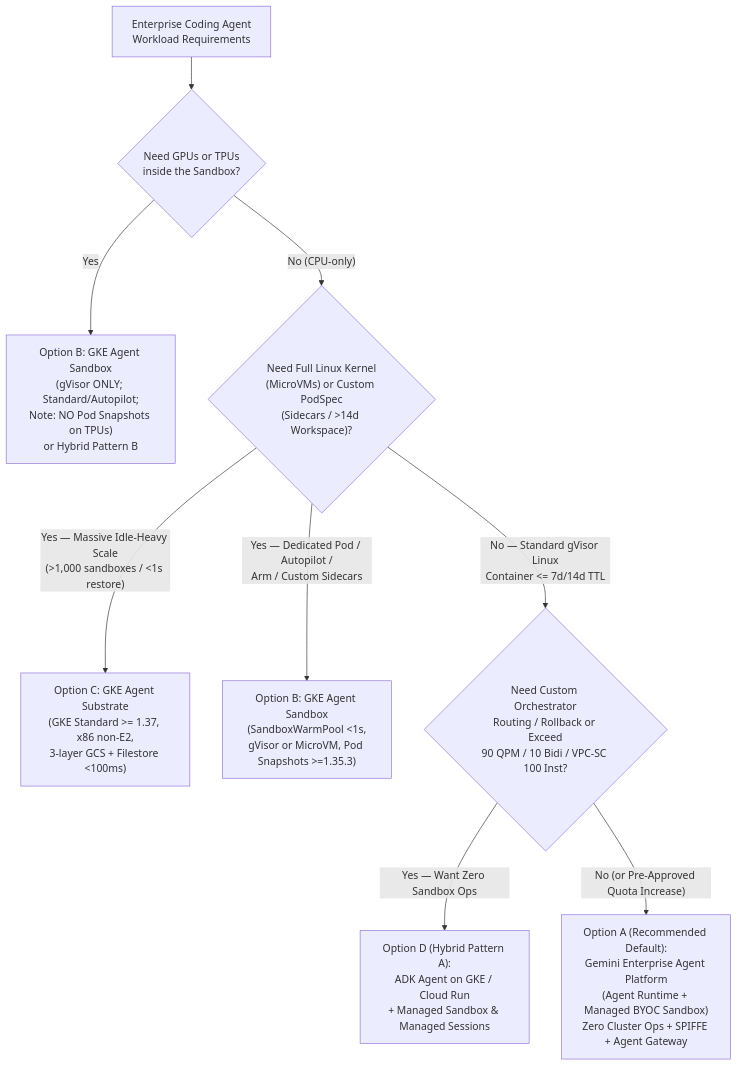
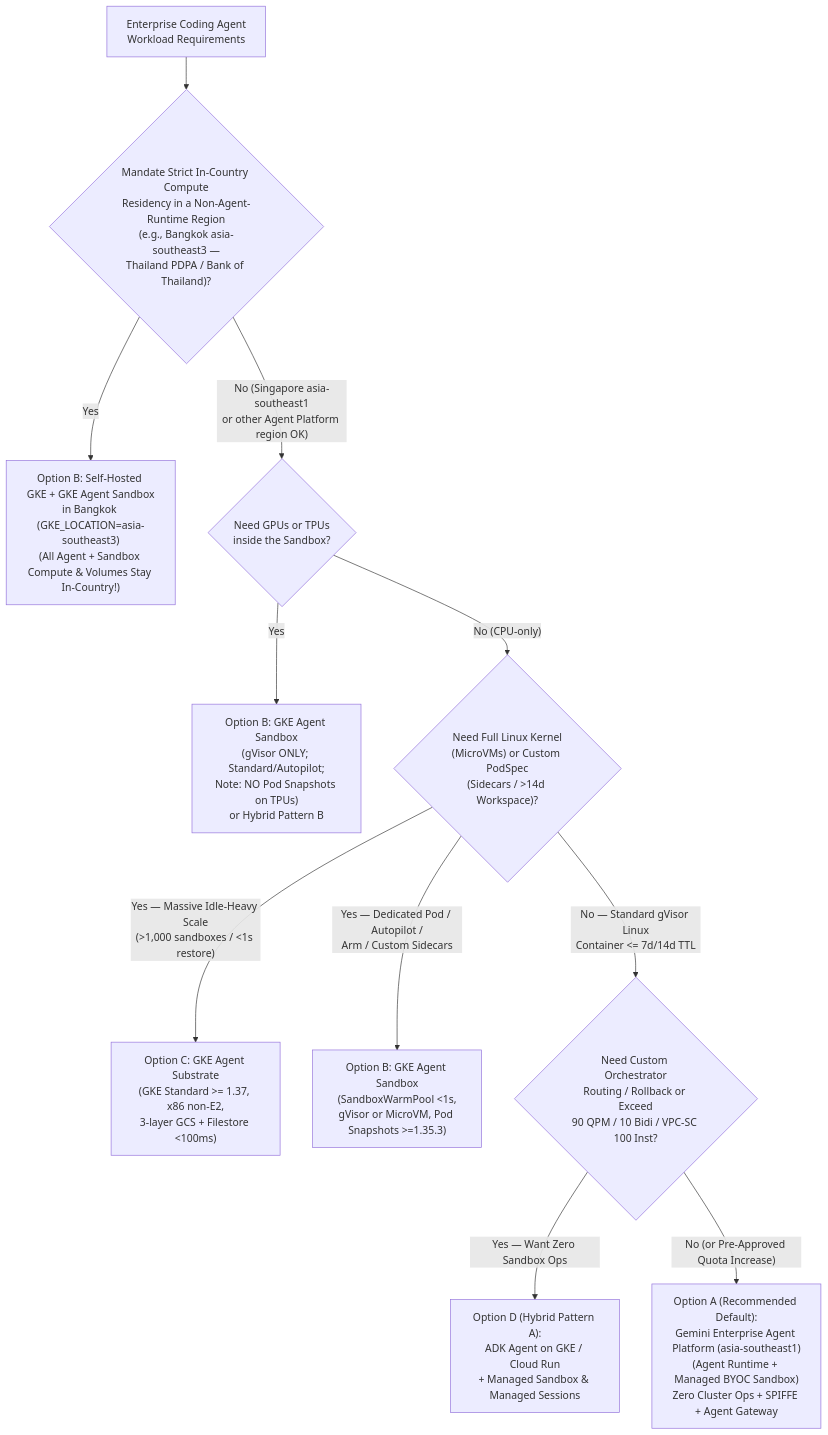
The diagram in workshop/08-ARCHITECTURE-AGENT-RUNTIME-VS-GKE.md (jiratouchmhp/coding-agent-workshop), drawn with Mermaid before and after one commit. The commit also changed other lines of this file and 80 other files, not shown here.

Commit message:
Add Bangkok (asia-southeast3) + Singapore (asia-southeast1) regional config, first-class no-Docker attendee support, and end-to-end attendee validation fixes

````diff
--- a/workshop/08-ARCHITECTURE-AGENT-RUNTIME-VS-GKE.md
+++ b/workshop/08-ARCHITECTURE-AGENT-RUNTIME-VS-GKE.md
@@ -51,13 +51,15 @@
 ```mermaid
 flowchart TD
-    Start["Enterprise Coding Agent<br/>Workload Requirements"] --> Q1{"Need GPUs or TPUs<br/>inside the Sandbox?"}
+    Start["Enterprise Coding Agent<br/>Workload Requirements"] --> Q0{"Mandate Strict In-Country Compute<br/>Residency in a Non-Agent-Runtime Region<br/>(e.g., Bangkok asia-southeast3 —<br/>Thailand PDPA / Bank of Thailand)?"}
+    Q0 -->|"Yes"| GKE_RES["Option B: Self-Hosted GKE + GKE Agent Sandbox<br/>in Bangkok (GKE_LOCATION=asia-southeast3)<br/>(All Agent + Sandbox Compute & Volumes Stay In-Country!)"]
+    Q0 -->|"No (Singapore asia-southeast1<br/>or other Agent Platform region OK)"| Q1{"Need GPUs or TPUs<br/>inside the Sandbox?"}
     Q1 -->|"Yes"| GKE_GPU["Option B: GKE Agent Sandbox<br/>(gVisor ONLY; Standard/Autopilot;<br/>Note: NO Pod Snapshots on TPUs)<br/>or Hybrid Pattern B"]
     Q1 -->|"No (CPU-only)"| Q2{"Need Full Linux Kernel<br/>(MicroVMs) or Custom PodSpec<br/>(Sidecars / >14d Workspace)?"}
 
     Q2 -->|"Yes — Massive Idle-Heavy Scale<br/>(>1,000 sandboxes / <1s restore)"| Sub["Option C: GKE Agent Substrate<br/>(GKE Standard >= 1.37, x86 non-E2,<br/>3-layer GCS + Filestore <100ms)"]
     Q2 -->|"Yes — Dedicated Pod / Autopilot /<br/>Arm / Custom Sidecars"| GKE_SB["Option B: GKE Agent Sandbox<br/>(SandboxWarmPool <1s,<br/>gVisor or MicroVM, Pod Snapshots >=1.35.3)"]
 
     Q2 -->|"No — Standard gVisor Linux<br/>Container <= 7d/14d TTL"| Q3{"Need Custom Orchestrator<br/>Routing / Rollback or Exceed<br/>90 QPM / 10 Bidi / VPC-SC 100 Inst?"}
     Q3 -->|"Yes — Want Zero Sandbox Ops"| HybA["Option D (Hybrid Pattern A):<br/>ADK Agent on GKE / Cloud Run<br/>+ Managed Sandbox & Managed Sessions"]
-    Q3 -->|"No (or Pre-Approved Quota Increase)"| Managed["Option A (Recommended Default):<br/>Gemini Enterprise Agent Platform<br/>(Agent Runtime + Managed BYOC Sandbox)<br/>Zero Cluster Ops + SPIFFE + Agent Gateway"]
+    Q3 -->|"No (or Pre-Approved Quota Increase)"| Managed["Option A (Recommended Default):<br/>Gemini Enterprise Agent Platform (asia-southeast1)<br/>(Agent Runtime + Managed BYOC Sandbox)<br/>Zero Cluster Ops + SPIFFE + Agent Gateway"]
 ```
````
